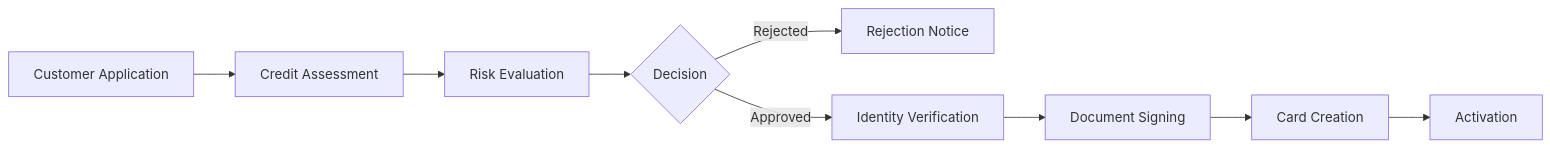
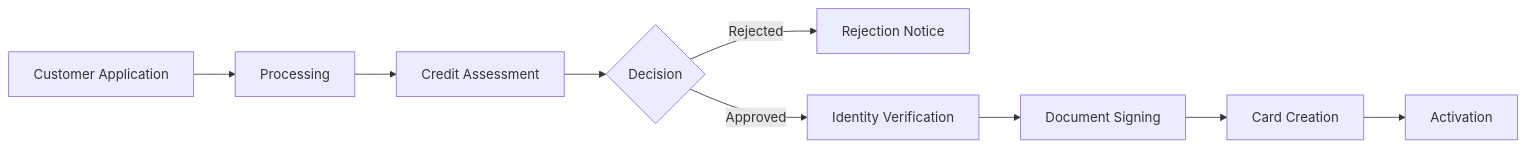
One commit to truonghoangnordiska/docs changed the diagram in card/onboarding.mdx. Above: the diagram before and after it, drawn with Mermaid. The commit also changed other lines of this file, not shown here.

````diff
--- a/card/onboarding.mdx
+++ b/card/onboarding.mdx
@@ -20,11 +20,11 @@
 ```mermaid
 graph LR
-    A["Customer Application"] --> B["Credit Assessment"]
-    B --> C["Risk Evaluation"]
+    A["Customer Application"] --> B["Processing"]
+    B --> C["Credit Assessment"]
     C --> D{Decision}
     D -->|Rejected| E["Rejection Notice"]
     D -->|Approved| F["Identity Verification"]
     F --> G["Document Signing"]
     G --> H["Card Creation"]
     H --> I["Activation"]
 ```
````
